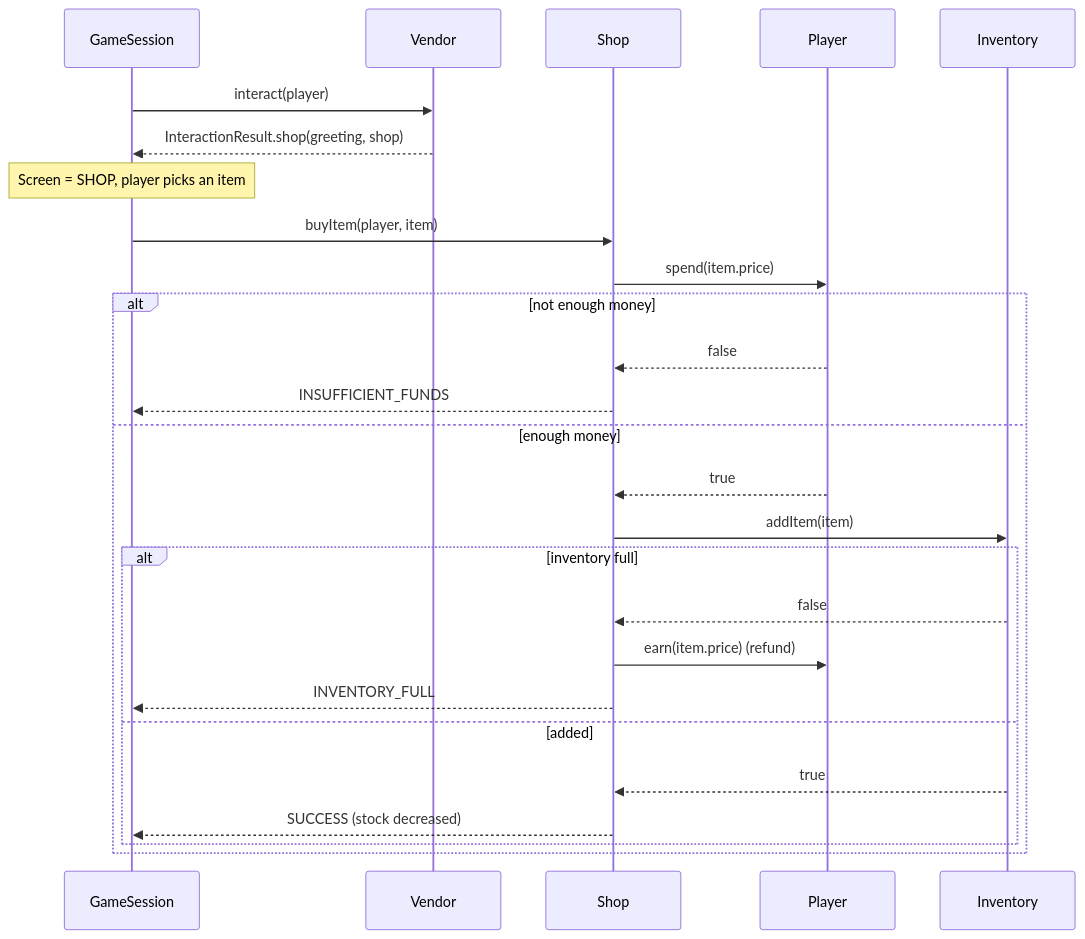
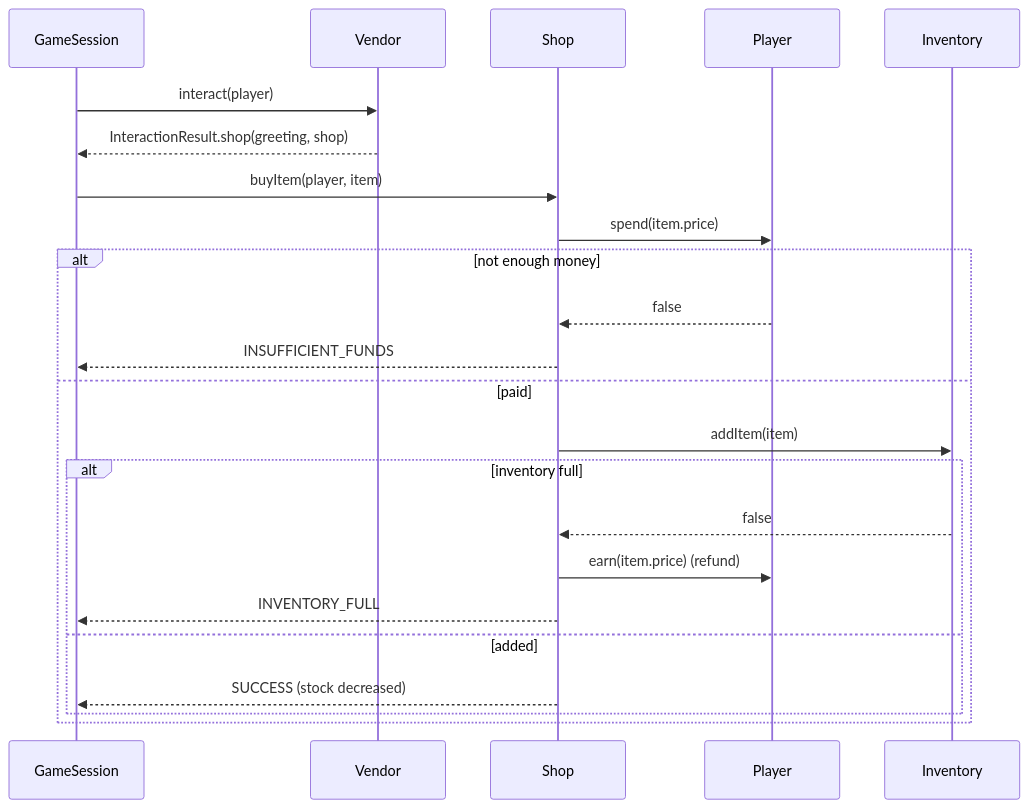
One commit to pgardose/Isla changed the sixth of 6 diagrams in README.md. Above: the diagram before and after it, drawn with Mermaid. The commit also changed other lines of this file and 25 other files, not shown here.

````diff
--- a/README.md
+++ b/README.md
@@ -338,28 +352,25 @@
 ```mermaid
 sequenceDiagram
   participant S as GameSession
   participant V as Vendor
   participant Sh as Shop
   participant P as Player
   participant I as Inventory
   S->>V: interact(player)
   V-->>S: InteractionResult.shop(greeting, shop)
-  Note over S: Screen = SHOP, player picks an item
   S->>Sh: buyItem(player, item)
   Sh->>P: spend(item.price)
   alt not enough money
     P-->>Sh: false
     Sh-->>S: INSUFFICIENT_FUNDS
-  else enough money
-    P-->>Sh: true
+  else paid
     Sh->>I: addItem(item)
     alt inventory full
       I-->>Sh: false
       Sh->>P: earn(item.price) (refund)
       Sh-->>S: INVENTORY_FULL
     else added
-      I-->>Sh: true
       Sh-->>S: SUCCESS (stock decreased)
     end
   end
 ```
````
